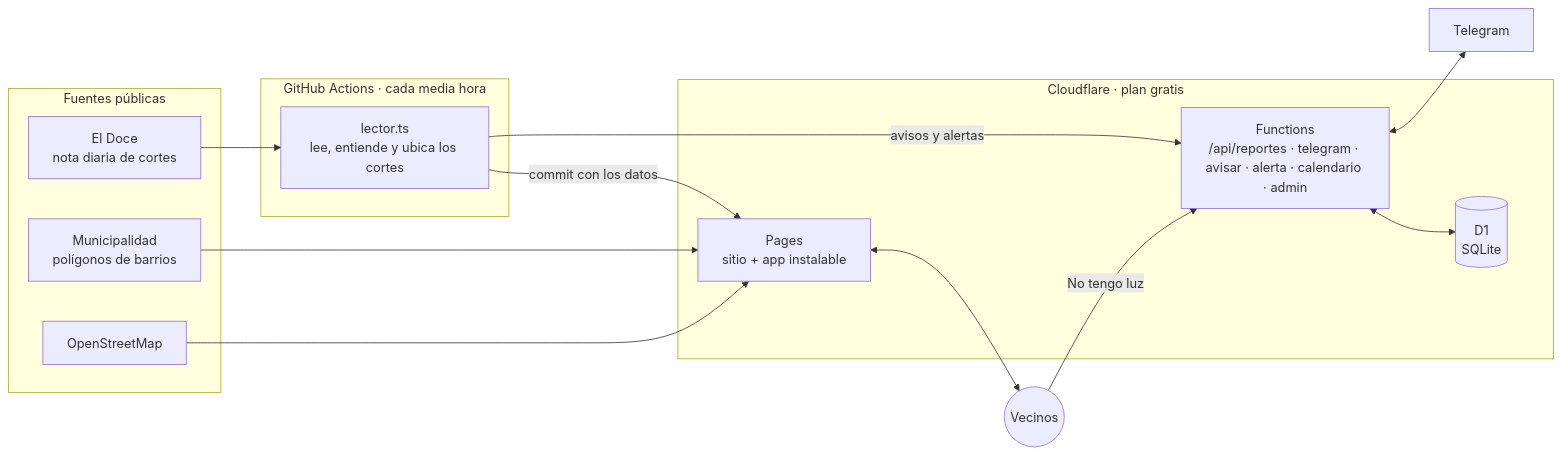
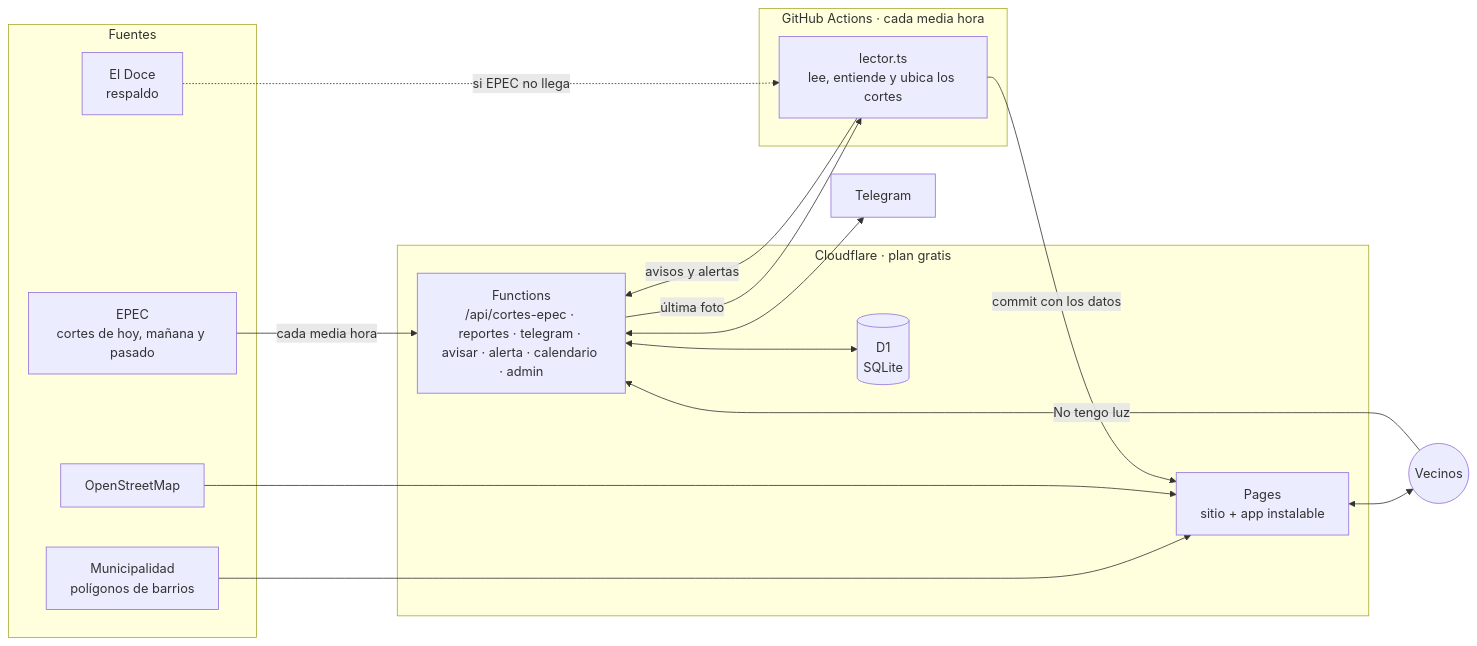
One commit to NicolasGonzalezSueyro/tengo-luz changed the diagram in README.md. Above: the diagram before and after it, drawn with Mermaid. The commit also changed other lines of this file and 9 other files, not shown here.

First line of the commit message:
Cortes de EPEC como fuente principal, El Doce de respaldo

````diff
--- a/README.md
+++ b/README.md
@@ -40,25 +40,28 @@
 ```mermaid
 flowchart LR
-  subgraph fuentes[Fuentes públicas]
-    doce[El Doce<br/>nota diaria de cortes]
+  subgraph fuentes[Fuentes]
+    epec[EPEC<br/>cortes de hoy, mañana y pasado]
+    doce[El Doce<br/>respaldo]
     muni[Municipalidad<br/>polígonos de barrios]
     osm[OpenStreetMap]
   end
   subgraph gh[GitHub Actions · cada media hora]
     lector[lector.ts<br/>lee, entiende y ubica los cortes]
   end
   subgraph cf[Cloudflare · plan gratis]
     pages[Pages<br/>sitio + app instalable]
-    api["Functions<br/>/api/reportes · telegram · avisar · alerta · calendario · admin"]
+    api["Functions<br/>/api/cortes-epec · reportes · telegram · avisar · alerta · calendario · admin"]
     db[(D1<br/>SQLite)]
   end
-  doce --> lector
+  epec -- cada media hora --> api
+  api -- última foto --> lector
+  doce -. si EPEC no llega .-> lector
   muni --> pages
   osm --> pages
   lector -- commit con los datos --> pages
   lector -- avisos y alertas --> api
   pages <--> vecinos((Vecinos))
   vecinos -- No tengo luz --> api
   api <--> db
   api <--> telegram[Telegram]
 ```
````
